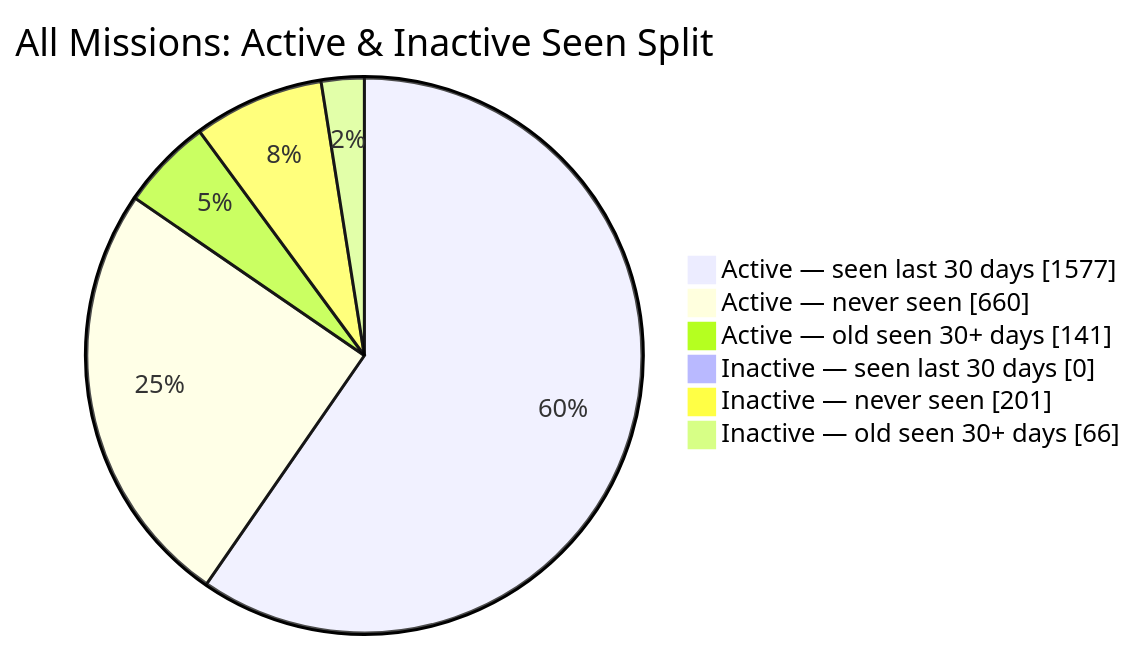
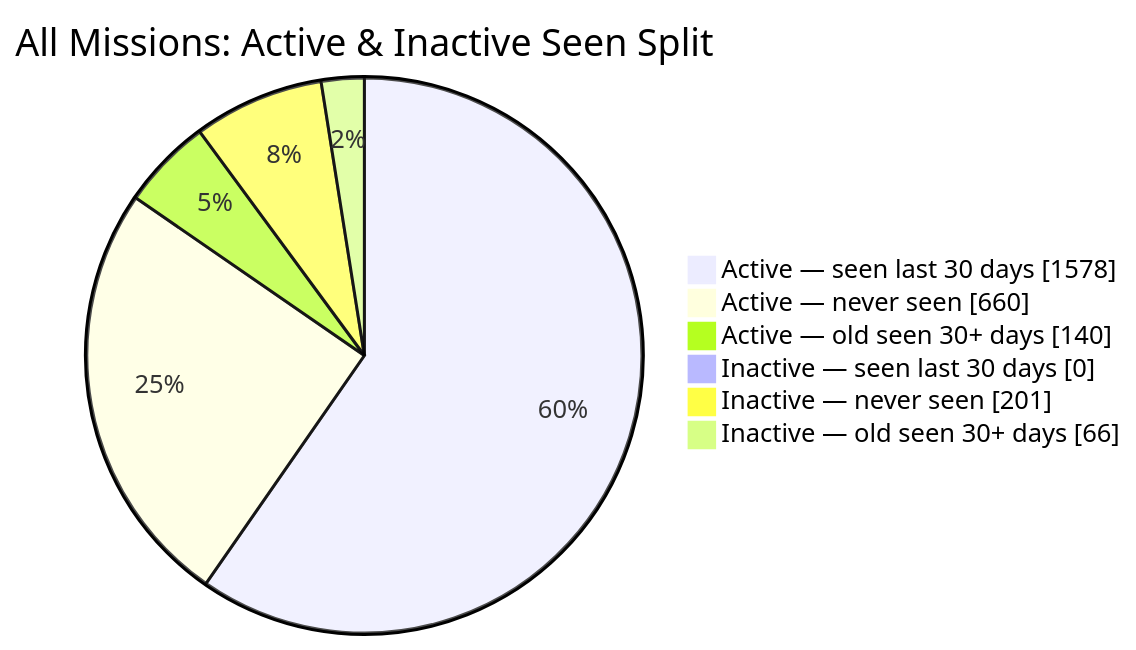
The second of 2 diagrams in README.md (MeldkamerspelGameTeam/active-missions), drawn with Mermaid before and after one commit. The commit also changed other lines of this file and 2 other files, not shown here.

````diff
--- a/README.md
+++ b/README.md
@@ -44,10 +44,10 @@
 ```mermaid
 pie showData
     title All Missions: Active & Inactive Seen Split
-    "Active — seen last 30 days" : 1577
+    "Active — seen last 30 days" : 1578
     "Active — never seen" : 660
-    "Active — old seen 30+ days" : 141
+    "Active — old seen 30+ days" : 140
     "Inactive — seen last 30 days" : 0
     "Inactive — never seen" : 201
     "Inactive — old seen 30+ days" : 66
 ```
````
